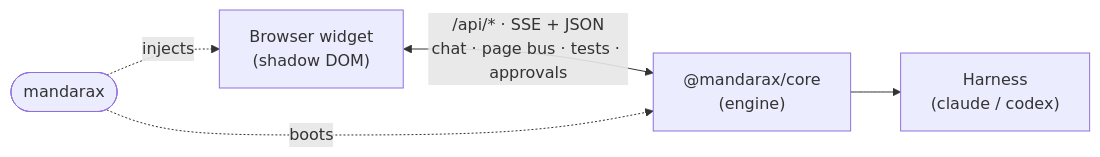
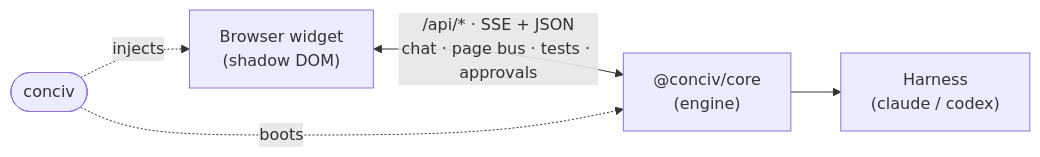
The diagram in apps/site/content/docs/how-it-works.mdx (conciv-dev/conciv), drawn with Mermaid before and after one commit. The commit also changed other lines of this file and 514 other files, not shown here.

First line of the commit message:
chore: rename library mandarax -> conciv

````diff
--- a/apps/site/content/docs/how-it-works.mdx
+++ b/apps/site/content/docs/how-it-works.mdx
@@ -10,11 +10,11 @@
 ```mermaid
 flowchart LR
-  P(["mandarax"])
+  P(["conciv"])
   W["Browser widget<br/>(shadow DOM)"]
-  C["@mandarax/core<br/>(engine)"]
+  C["@conciv/core<br/>(engine)"]
   H["Harness<br/>(claude / codex)"]
   W <-->|"/api/* · SSE + JSON<br/>chat · page bus · tests · approvals"| C
   C --> H
   P -. injects .-> W
   P -. boots .-> C
 ```
````
